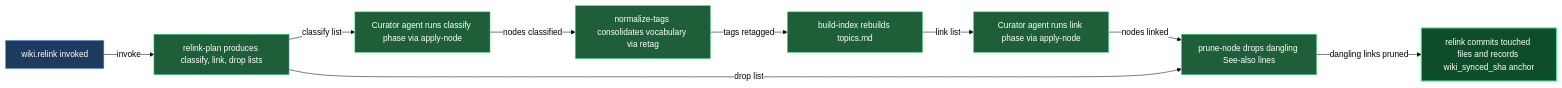
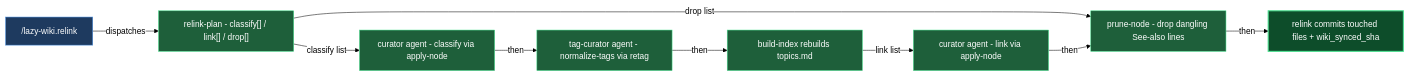
One commit to mebius-san/lazy-cortex changed the diagram in claude/lazycortex-wiki/help/curation.md. Above: the diagram before and after it, drawn with Mermaid. The commit also changed other lines of this file and 265 other files, not shown here.

Commit message:
release lazycortex-core 7.1.1, lazycortex-diagram 1.1.8, lazycortex-experts 1.2.0, lazycortex-observe 0.8.5, lazycortex-obsidian 3.1.0, lazycortex-python 4.0.1, lazycortex-review 6.2.0, lazycortex-specs 6.1.0, lazycortex-wiki 2.1.0

````diff
--- a/claude/lazycortex-wiki/help/curation.md
+++ b/claude/lazycortex-wiki/help/curation.md
@@ -74,34 +75,34 @@
 ```mermaid
 %%{init: {'themeVariables':{'background':'transparent','lineColor':'#000','textColor':'#000','edgeLabelBackground':'#fff'},'themeCSS':'.edgeLabel{background-color:transparent!important}.edgeLabel p{background-color:transparent!important}','flowchart':{'diagramPadding':5,'useMaxWidth':true}}}%%
 flowchart LR
-  relinkInvoked[wiki.relink invoked]
-  relinkPlan[relink-plan produces classify, link, drop lists]
-  curatorClassify[Curator agent runs classify phase via apply-node]
-  normalizeTags[normalize-tags consolidates vocabulary via retag]
-  buildIndex[build-index rebuilds topics.md]
-  curatorLink[Curator agent runs link phase via apply-node]
-  pruneNode[prune-node drops dangling See-also lines]
-  relinkCommit[relink commits touched files and records wiki_synced_sha anchor]
+  lazyWikiRelink["/lazy-wiki.relink"]
+  relinkPlan["relink-plan - classify[] / link[] / drop[]"]
+  curatorClassifyPhase["curator agent - classify via apply-node"]
+  tagCuratorNormalizeTags["tag-curator agent - normalize-tags via retag"]
+  buildIndex["build-index rebuilds topics.md"]
+  curatorLinkPhase["curator agent - link via apply-node"]
+  pruneNode["prune-node - drop dangling See-also lines"]
+  relinkCommit["relink commits touched files + wiki_synced_sha"]
 
-  relinkInvoked -->|invoke| relinkPlan
-  relinkPlan -->|classify list| curatorClassify
-  curatorClassify -->|nodes classified| normalizeTags
-  normalizeTags -->|tags retagged| buildIndex
-  buildIndex -->|link list| curatorLink
-  curatorLink -->|nodes linked| pruneNode
+  lazyWikiRelink -->|dispatches| relinkPlan
+  relinkPlan -->|classify list| curatorClassifyPhase
   relinkPlan -->|drop list| pruneNode
-  pruneNode -->|dangling links pruned| relinkCommit
+  curatorClassifyPhase -->|then| tagCuratorNormalizeTags
+  tagCuratorNormalizeTags -->|then| buildIndex
+  buildIndex -->|link list| curatorLinkPhase
+  curatorLinkPhase -->|then| pruneNode
+  pruneNode -->|then| relinkCommit
 
   classDef entry fill:#1e3a5f,stroke:#4a90e2,color:#fff
   classDef action fill:#1e5f3a,stroke:#4ae290,color:#fff
   classDef success fill:#0d4d2a,stroke:#4ae290,color:#fff,stroke-width:2px
 
-  class relinkInvoked entry
+  class lazyWikiRelink entry
   class relinkPlan action
-  class curatorClassify action
-  class normalizeTags action
+  class curatorClassifyPhase action
+  class tagCuratorNormalizeTags action
   class buildIndex action
-  class curatorLink action
+  class curatorLinkPhase action
   class pruneNode action
   class relinkCommit success
 ```
````
